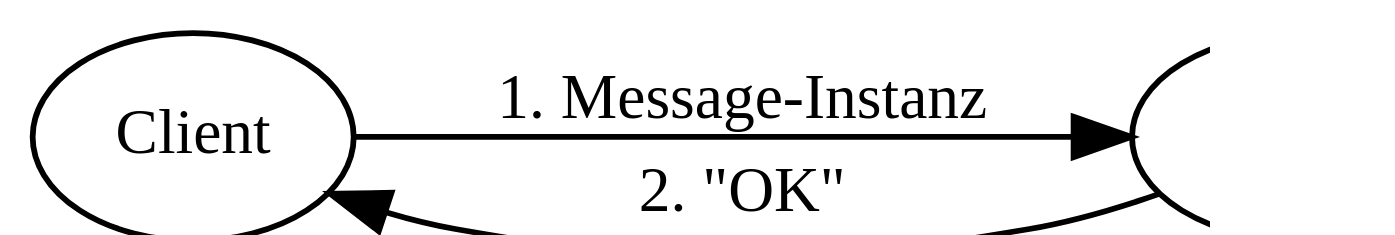
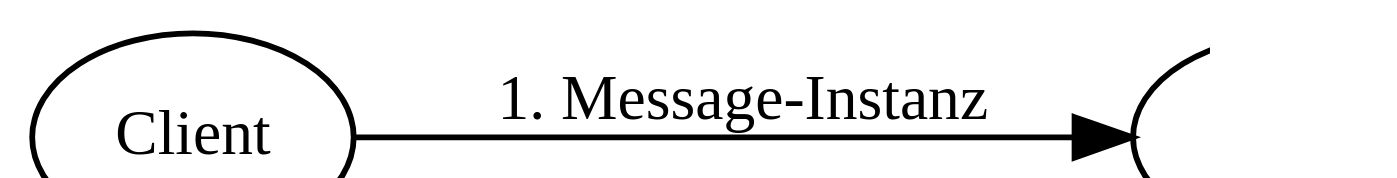
The diagram in SchnittstelleTCP/Kommunikation.dot (patrickbucher/vsk-team5), drawn with Graphviz before and after one commit. The commit also changed 6 other files, not shown here.

Commit message:
Sequenzdiagramm für TCP-Schnittstelle verbessert

```diff
--- a/SchnittstelleTCP/Kommunikation.dot
+++ b/SchnittstelleTCP/Kommunikation.dot
@@ -1,8 +1,7 @@
 digraph Kommunikaiton {
     rankdir="LR";
     graph [dpi=150];
     node [fontname="Droid Sans",fontsize="11pt"];
     edge [fontname="Droid Sans Mono",fontsize="11pt"];
     Client -> Server [label="1. Message-Instanz"];
-    Server -> Client [label="2. \"OK\""];
 }
```
